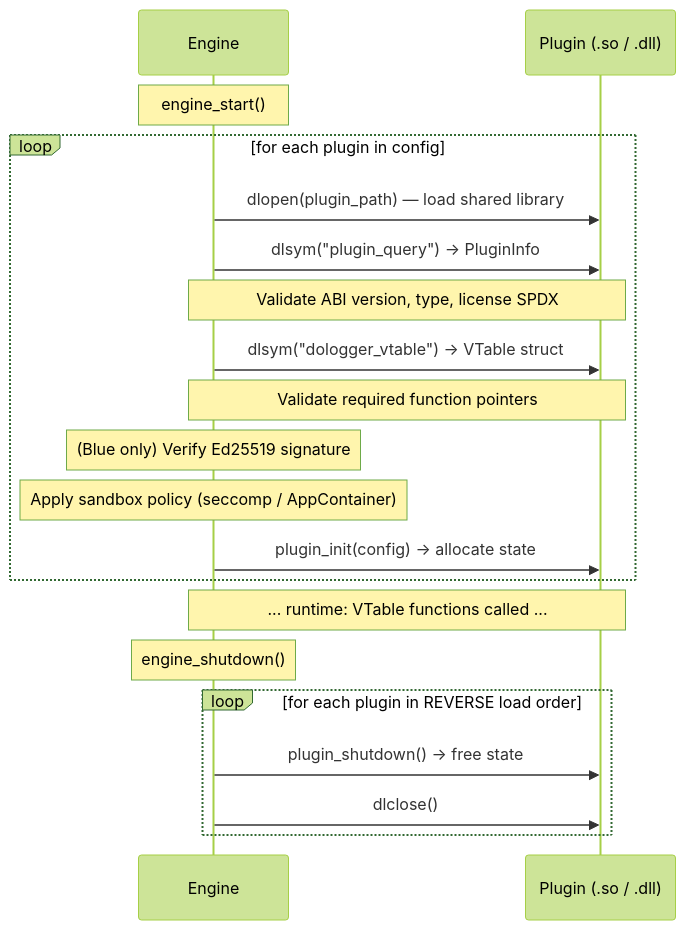
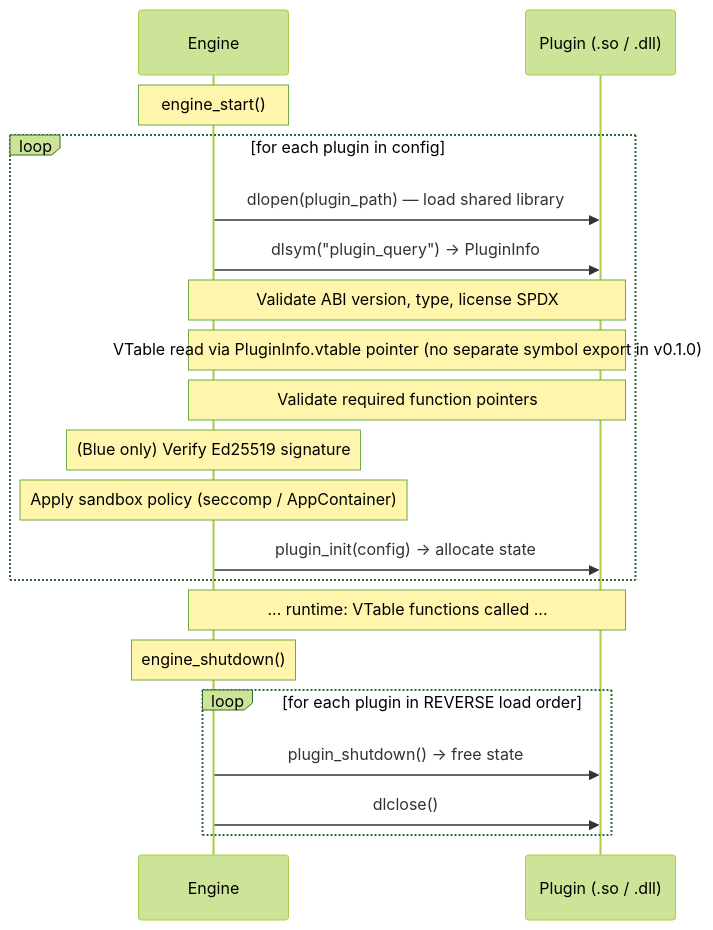
One commit to nekolio/DoLogger changed diagram 11 of 11 in Docs/en_US/ArchitectureReference.md. Above: the diagram before and after it, drawn with Mermaid (forest theme). The commit also changed other lines of this file and 31 other files, not shown here.

````diff
--- a/Docs/en_US/ArchitectureReference.md
+++ b/Docs/en_US/ArchitectureReference.md
@@ -619,23 +620,23 @@
 ```mermaid
 sequenceDiagram
     participant E as Engine
     participant P as Plugin (.so / .dll)
 
     Note over E: engine_start()
     loop for each plugin in config
         E->>P: dlopen(plugin_path) — load shared library
         E->>P: dlsym("plugin_query") → PluginInfo
         Note over E,P: Validate ABI version, type, license SPDX
-        E->>P: dlsym("dologger_vtable") → VTable struct
+        Note over E,P: VTable read via PluginInfo.vtable pointer (no separate symbol export in v0.1.0)
         Note over E,P: Validate required function pointers
         Note over E: (Blue only) Verify Ed25519 signature
         Note over E: Apply sandbox policy (seccomp / AppContainer)
         E->>P: plugin_init(config) → allocate state
     end
     Note over E,P: ... runtime: VTable functions called ...
     Note over E: engine_shutdown()
     loop for each plugin in REVERSE load order
         E->>P: plugin_shutdown() → free state
         E->>P: dlclose()
     end
 ```
````
